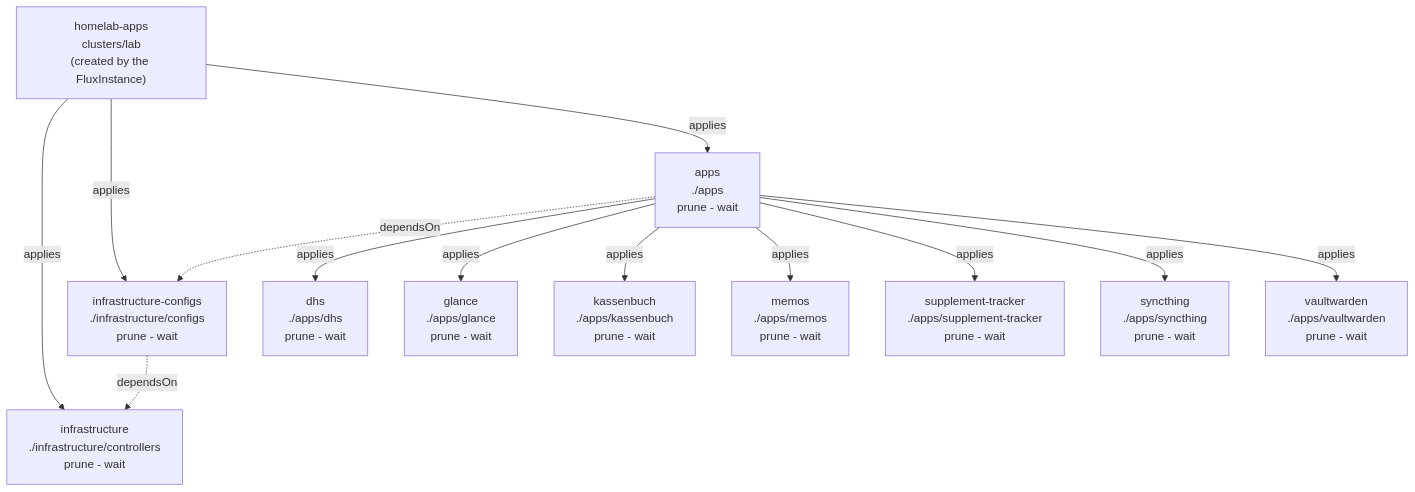
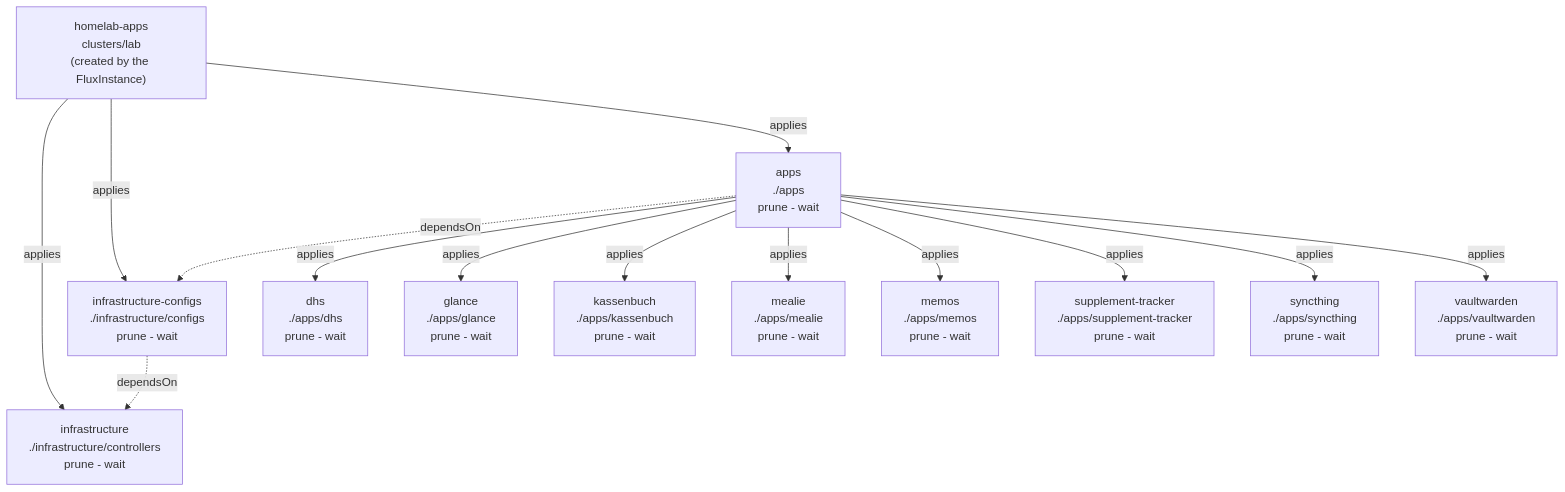
One commit to Sojamann/homelab-apps changed the diagram in README.md. Above: the diagram before and after it, drawn with Mermaid. The commit also changed other lines of this file and 11 other files, not shown here.

Commit message:
apps: mealie recipes, Pocket ID SSO, no standing break-glass

````diff
--- a/README.md
+++ b/README.md
@@ -17,19 +17,20 @@
 ```mermaid
 graph TD
   ROOT["homelab-apps<br/>clusters/lab<br/>(created by the FluxInstance)"]
 
   ROOT -->|applies| INFRA["infrastructure<br/>./infrastructure/controllers<br/>prune - wait"]
   ROOT -->|applies| CFG["infrastructure-configs<br/>./infrastructure/configs<br/>prune - wait"]
   ROOT -->|applies| APPS["apps<br/>./apps<br/>prune - wait"]
 
   CFG -.->|dependsOn| INFRA
   APPS -.->|dependsOn| CFG
 
   APPS -->|applies| DH["dhs<br/>./apps/dhs<br/>prune - wait"]
   APPS -->|applies| GL["glance<br/>./apps/glance<br/>prune - wait"]
   APPS -->|applies| KB["kassenbuch<br/>./apps/kassenbuch<br/>prune - wait"]
+  APPS -->|applies| ML["mealie<br/>./apps/mealie<br/>prune - wait"]
   APPS -->|applies| MM["memos<br/>./apps/memos<br/>prune - wait"]
   APPS -->|applies| ST["supplement-tracker<br/>./apps/supplement-tracker<br/>prune - wait"]
   APPS -->|applies| SY["syncthing<br/>./apps/syncthing<br/>prune - wait"]
   APPS -->|applies| VW["vaultwarden<br/>./apps/vaultwarden<br/>prune - wait"]
 ```
````
